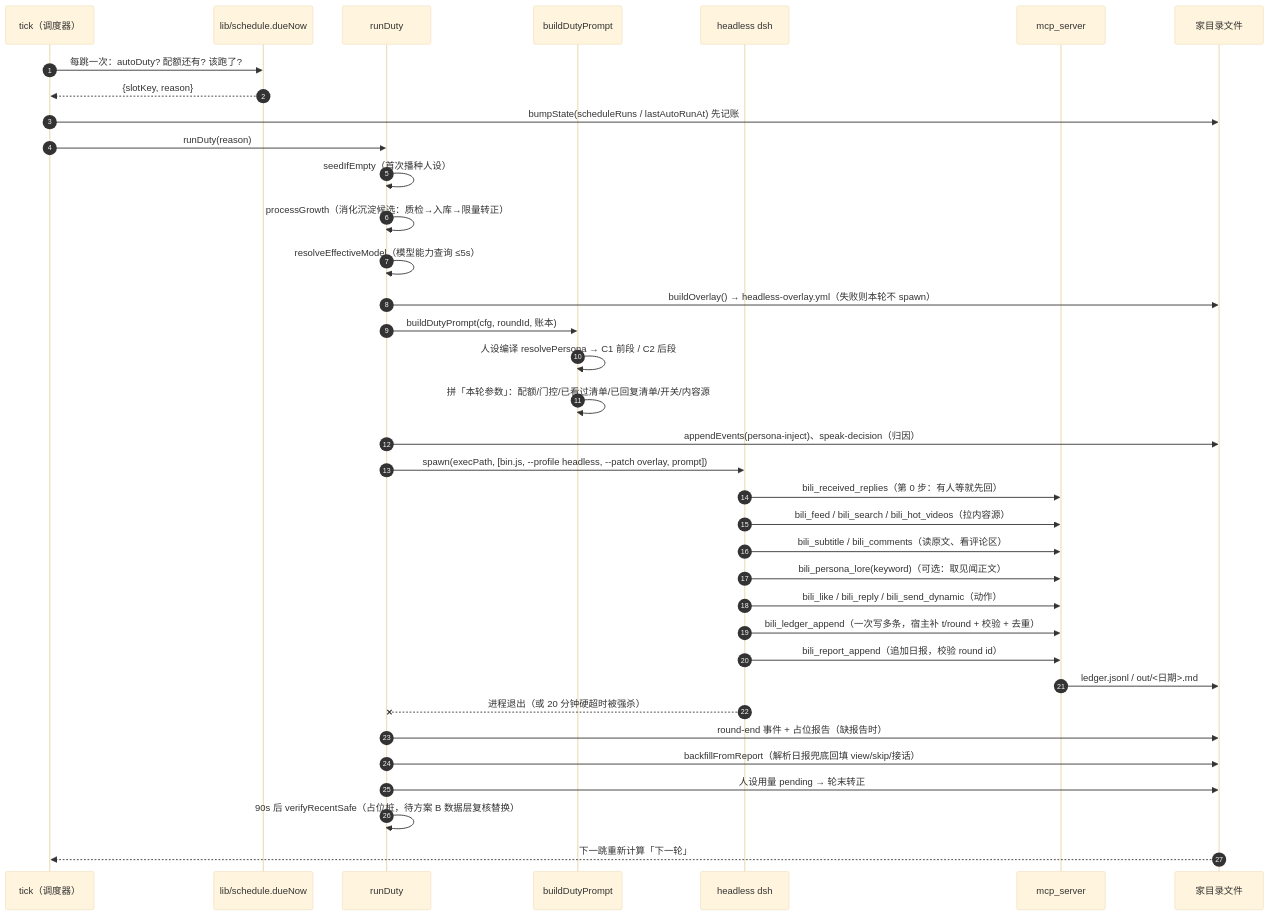
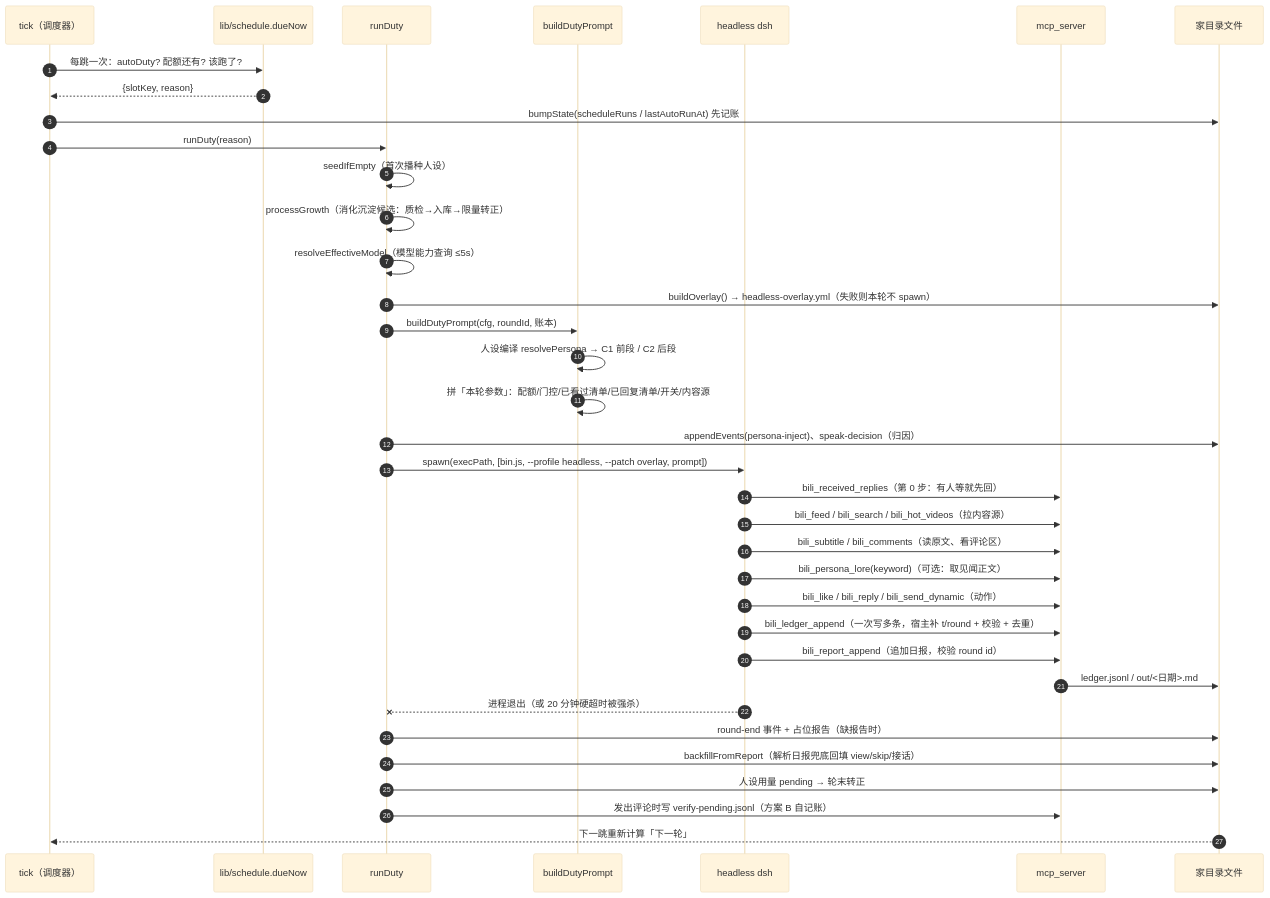
Before and after one commit to Yaemikoreal/BilibiliPlayer: the second of 5 diagrams in docs/ARCHITECTURE.md, drawn with Mermaid (base theme). The commit also changed other lines of this file and 8 other files, not shown here.

````diff
--- a/docs/ARCHITECTURE.md
+++ b/docs/ARCHITECTURE.md
@@ -178,42 +178,42 @@
 ```mermaid
 sequenceDiagram
     autonumber
     participant T as tick（调度器）
     participant S as lib/schedule.dueNow
     participant R as runDuty
     participant P as buildDutyPrompt
     participant D as headless dsh
     participant M as mcp_server
     participant F as 家目录文件
 
     T->>S: 每跳一次：autoDuty? 配额还有? 该跑了?
     S-->>T: {slotKey, reason}
     T->>F: bumpState(scheduleRuns / lastAutoRunAt) 先记账
     T->>R: runDuty(reason)
 
     R->>R: seedIfEmpty（首次播种人设）
     R->>R: processGrowth（消化沉淀候选：质检→入库→限量转正）
     R->>R: resolveEffectiveModel（模型能力查询 ≤5s）
     R->>F: buildOverlay() → headless-overlay.yml（失败则本轮不 spawn）
     R->>P: buildDutyPrompt(cfg, roundId, 账本)
     P->>P: 人设编译 resolvePersona → C1 前段 / C2 后段
     P->>P: 拼「本轮参数」：配额/门控/已看过清单/已回复清单/开关/内容源
     R->>F: appendEvents(persona-inject)、speak-decision（归因）
     R->>D: spawn(execPath, [bin.js, --profile headless, --patch overlay, prompt])
 
     D->>M: bili_received_replies（第 0 步：有人等就先回）
     D->>M: bili_feed / bili_search / bili_hot_videos（拉内容源）
     D->>M: bili_subtitle / bili_comments（读原文、看评论区）
     D->>M: bili_persona_lore(keyword)（可选：取见闻正文）
     D->>M: bili_like / bili_reply / bili_send_dynamic（动作）
     D->>M: bili_ledger_append（一次写多条，宿主补 t/round + 校验 + 去重）
     D->>M: bili_report_append（追加日报，校验 round id）
     M->>F: ledger.jsonl / out/<日期>.md
 
     D--xR: 进程退出（或 20 分钟硬超时被强杀）
     R->>F: round-end 事件 + 占位报告（缺报告时）
     R->>F: backfillFromReport（解析日报兜底回填 view/skip/接话）
     R->>F: 人设用量 pending → 轮末转正
-    R->>R: 90s 后 verifyRecentSafe（占位桩，待方案 B 数据层复核替换）
+    R->>M: 发出评论时写 verify-pending.jsonl（方案 B 自记账）
     F-->>T: 下一跳重新计算「下一轮」
 ```
````
